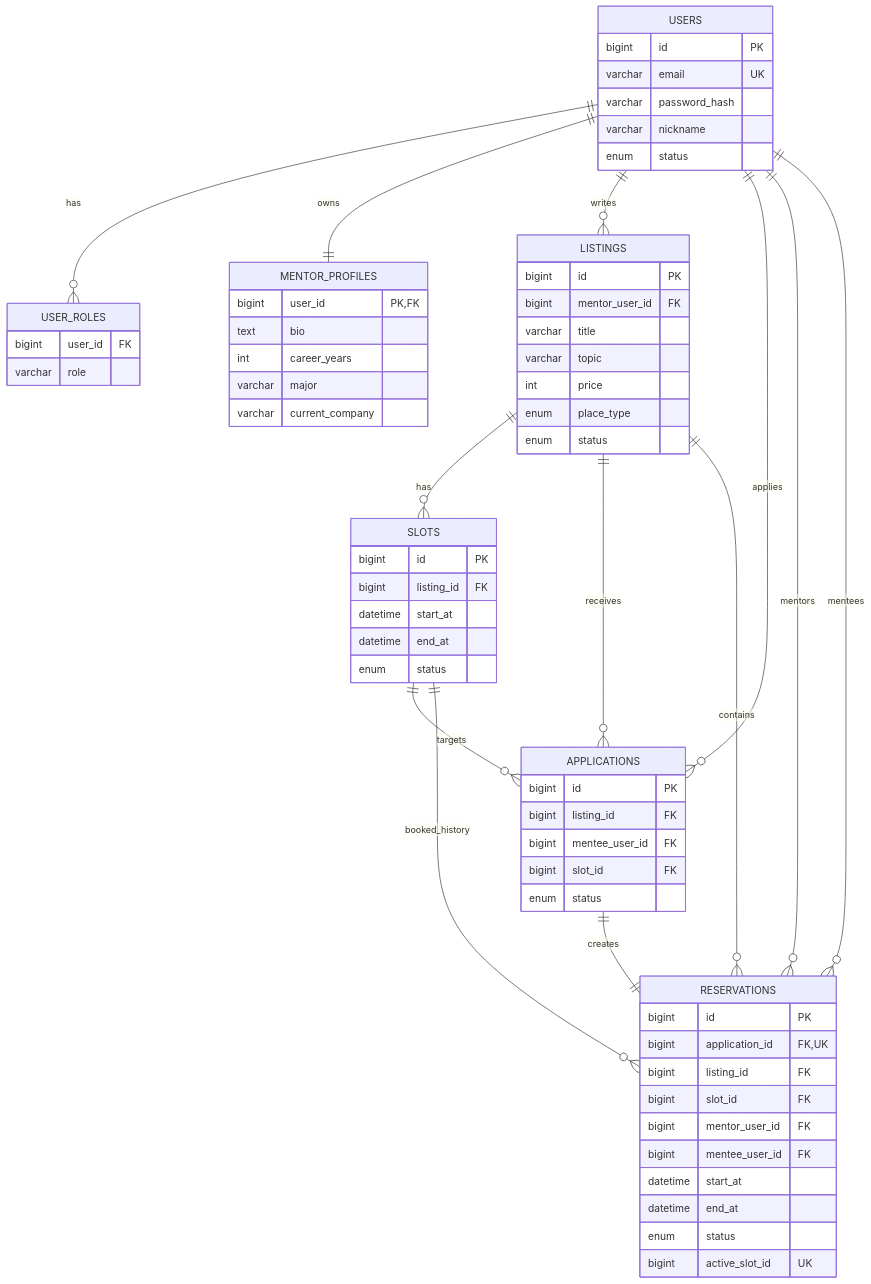
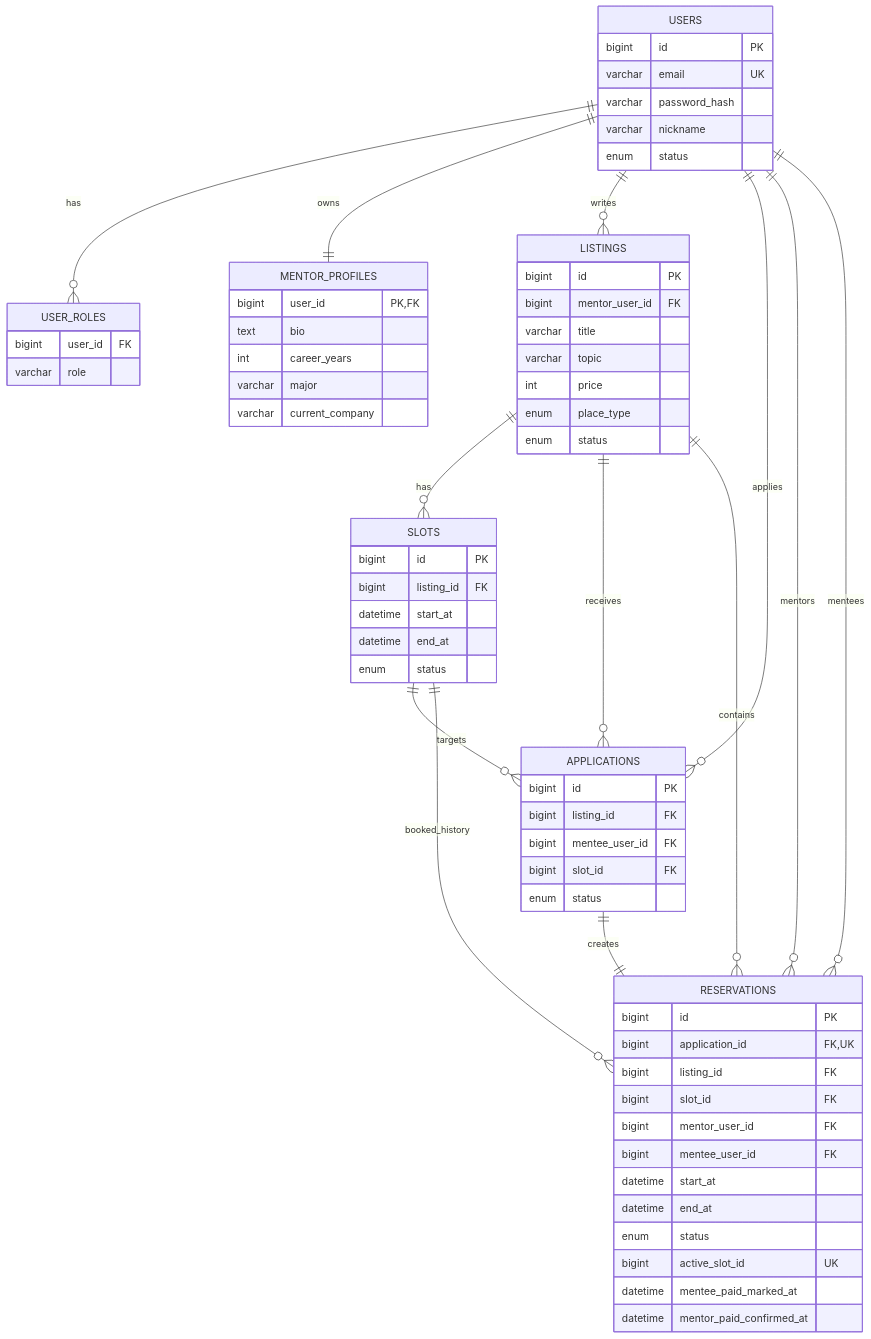
The diagram in README.md (jkim1202/mentoring), drawn with Mermaid before and after one commit. The commit also changed other lines of this file, not shown here.

````diff
--- a/README.md
+++ b/README.md
@@ -116,78 +120,80 @@
 ```mermaid
 erDiagram
     USERS ||--o{ USER_ROLES : has
     USERS ||--|| MENTOR_PROFILES : owns
     USERS ||--o{ LISTINGS : writes
     USERS ||--o{ APPLICATIONS : applies
     USERS ||--o{ RESERVATIONS : mentors
     USERS ||--o{ RESERVATIONS : mentees
 
     LISTINGS ||--o{ SLOTS : has
     LISTINGS ||--o{ APPLICATIONS : receives
     LISTINGS ||--o{ RESERVATIONS : contains
 
     SLOTS ||--o{ APPLICATIONS : targets
     SLOTS ||--o{ RESERVATIONS : booked_history
 
     APPLICATIONS ||--|| RESERVATIONS : creates
 
     USERS {
         bigint id PK
         varchar email UK
         varchar password_hash
         varchar nickname
         enum status
     }
 
     USER_ROLES {
         bigint user_id FK
         varchar role
     }
 
     MENTOR_PROFILES {
         bigint user_id PK, FK
         text bio
         int career_years
         varchar major
         varchar current_company
     }
 
     LISTINGS {
         bigint id PK
         bigint mentor_user_id FK
         varchar title
         varchar topic
         int price
         enum place_type
         enum status
     }
 
     SLOTS {
         bigint id PK
         bigint listing_id FK
         datetime start_at
         datetime end_at
         enum status
     }
 
     APPLICATIONS {
         bigint id PK
         bigint listing_id FK
         bigint mentee_user_id FK
         bigint slot_id FK
         enum status
     }
 
     RESERVATIONS {
         bigint id PK
         bigint application_id FK, UK
         bigint listing_id FK
         bigint slot_id FK
         bigint mentor_user_id FK
         bigint mentee_user_id FK
         datetime start_at
         datetime end_at
         enum status
         bigint active_slot_id UK
+        datetime mentee_paid_marked_at
+        datetime mentor_paid_confirmed_at
     }
 ```
````
